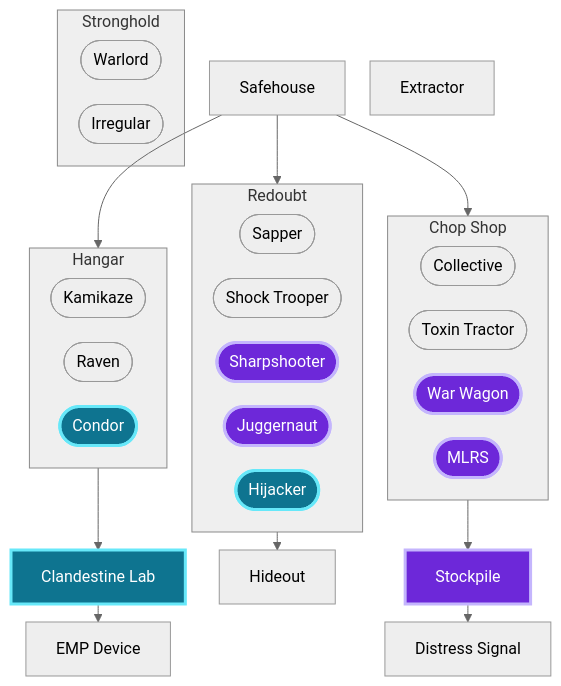
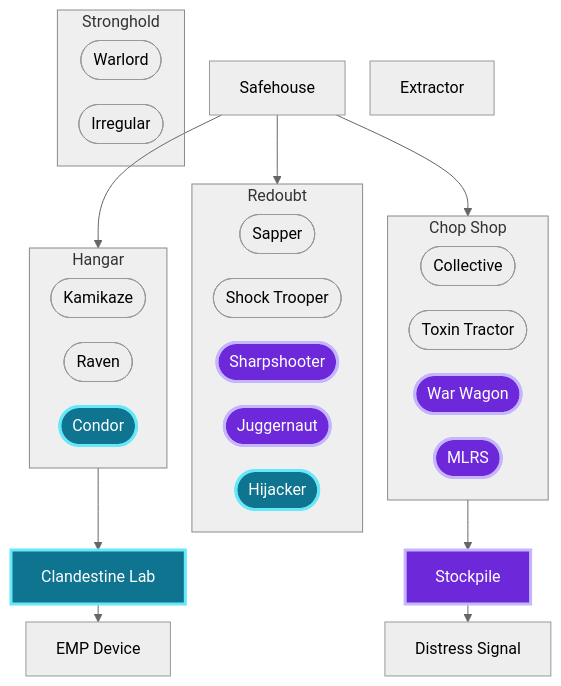
The diagram in gdd/factions/anarchical/anarchical.md (BieniekAlexander/dissent-horizon), drawn with Mermaid (neutral theme) before and after one commit. The commit also changed 8 other files, not shown here.

````diff
--- a/gdd/factions/anarchical/anarchical.md
+++ b/gdd/factions/anarchical/anarchical.md
@@ -57,51 +57,49 @@
 ```mermaid
 %% tech-graph:start
 %%{init: {'flowchart': {'nodeSpacing': 25, 'rankSpacing': 18, 'subGraphTitleMargin': {'top': 0, 'bottom': 8}}}}%%
 flowchart TB
     classDef tech0 fill:#6d28d9,stroke:#c4b5fd,stroke-width:3px,color:#ffffff
     classDef tech1 fill:#0e7490,stroke:#67e8f9,stroke-width:3px,color:#ffffff
     subgraph an_commandCenter["Stronghold"]
         an_bioMedium_dominionGen(["Warlord"])
         an_bioLight_builder(["Irregular"])
     end
     an_infrastructure["Safehouse"]
     nt_extractor["Extractor"]
     subgraph an_airField["Hangar"]
         an_aircraftLight_antiMech(["Kamikaze"])
         an_aircraftLight_transport(["Raven"])
         an_aircraftMedium_support(["Condor"])
     end
     subgraph an_barracks["Redoubt"]
         an_bioLight_antiStructure(["Sapper"])
         an_bioMedium_antiMech(["Shock Trooper"])
         an_bioLight_antiBio(["Sharpshooter"])
         an_bioStrong_antiLight(["Juggernaut"])
         an_bioMedium_support(["Hijacker"])
     end
     subgraph an_warFactory["Chop Shop"]
         an_mechLight_transport(["Collective"])
         an_mechMedium_antiBio(["Toxin Tractor"])
         an_mechStrong_transport(["War Wagon"])
         an_mechMedium_artillery(["MLRS"])
     end
     an_tech2["Clandestine Lab"]
-    an_support1["Hideout"]
     an_tech1["Stockpile"]
     an_support3["EMP Device"]
     an_support2["Distress Signal"]
     an_airField --> an_tech2
-    an_barracks --> an_support1
     an_infrastructure --> an_airField
     an_infrastructure --> an_barracks
     an_infrastructure --> an_warFactory
     an_tech1 --> an_support2
     an_tech2 --> an_support3
     an_warFactory --> an_tech1
     class an_tech1,an_bioLight_antiBio,an_bioStrong_antiLight,an_mechMedium_artillery,an_mechStrong_transport tech0
     class an_tech2,an_aircraftMedium_support,an_bioMedium_support tech1
     style an_airField fill:#80808020,stroke:#8a8a8a,stroke-width:1px
     style an_barracks fill:#80808020,stroke:#8a8a8a,stroke-width:1px
     style an_commandCenter fill:#80808020,stroke:#8a8a8a,stroke-width:1px
     style an_warFactory fill:#80808020,stroke:#8a8a8a,stroke-width:1px
 %% tech-graph:end
 ```
````
